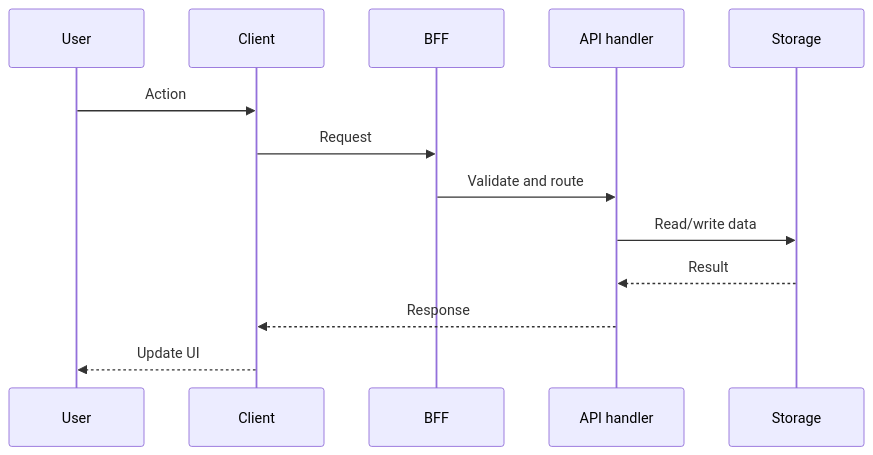
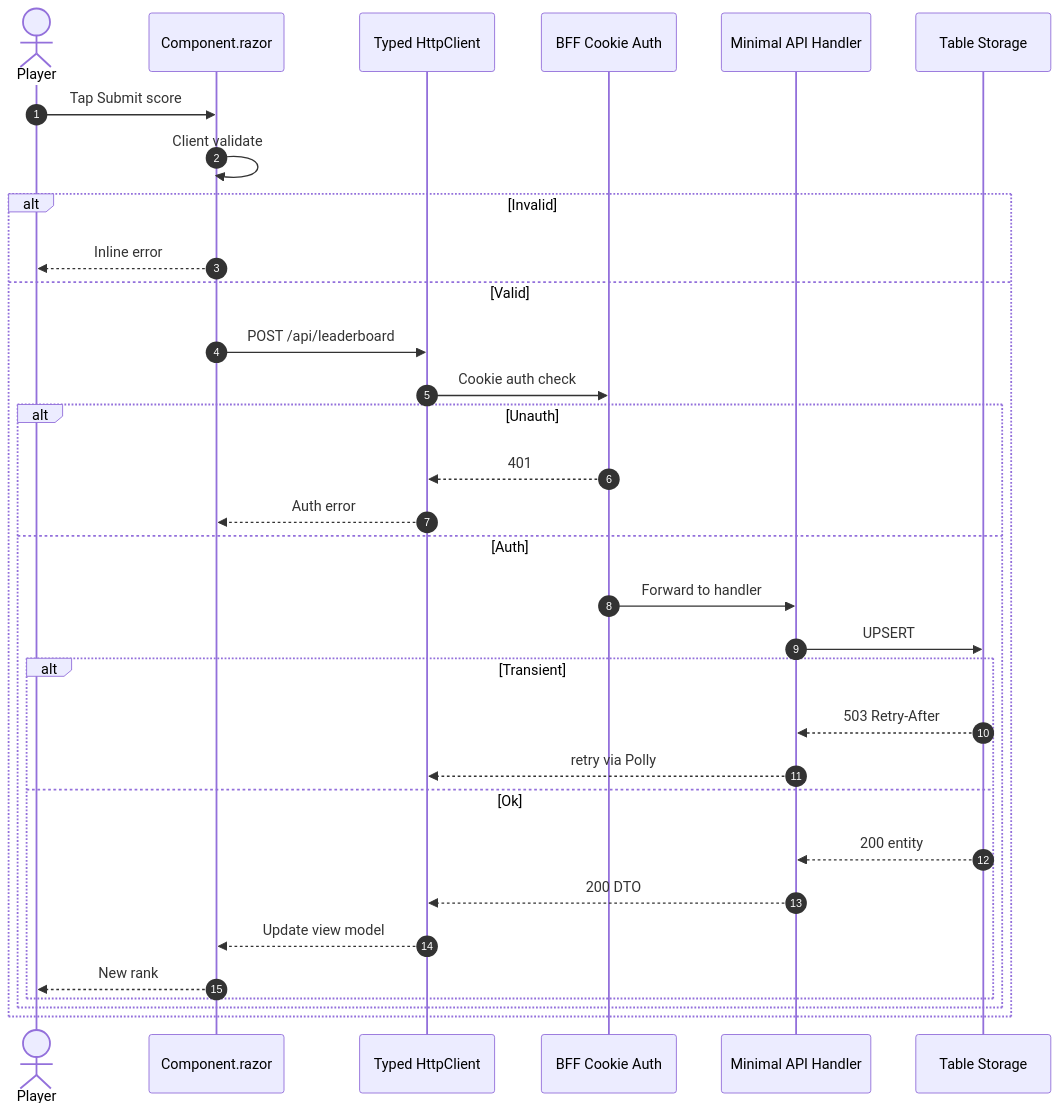
Before and after one commit to punkouter26/PoMiniGames: the diagram in docs/Interaction_Trace_simplified.mmd, drawn with Mermaid. The commit also changed 61 other files, not shown here.

```diff
--- a/docs/Interaction_Trace_simplified.mmd
+++ b/docs/Interaction_Trace_simplified.mmd
@@ -1,14 +1,33 @@
 sequenceDiagram
-    participant U as User
-    participant C as Client
-    participant B as BFF
-    participant H as API handler
-    participant S as Storage
+    autonumber
+    actor U as Player
+    participant C as Component.razor
+    participant H as Typed HttpClient
+    participant B as BFF Cookie Auth
+    participant E as Minimal API Handler
+    participant S as Table Storage
 
-    U->>C: Action
-    C->>B: Request
-    B->>H: Validate and route
-    H->>S: Read/write data
-    S-->>H: Result
-    H-->>C: Response
-    C-->>U: Update UI
+    U->>C: Tap Submit score
+    C->>C: Client validate
+    alt Invalid
+        C-->>U: Inline error
+    else Valid
+        C->>H: POST /api/leaderboard
+        H->>B: Cookie auth check
+        alt Unauth
+            B-->>H: 401
+            H-->>C: Auth error
+        else Auth
+            B->>E: Forward to handler
+            E->>S: UPSERT
+            alt Transient
+                S-->>E: 503 Retry-After
+                E-->>H: retry via Polly
+            else Ok
+                S-->>E: 200 entity
+                E-->>H: 200 DTO
+                H-->>C: Update view model
+                C-->>U: New rank
+            end
+        end
+    end
```
